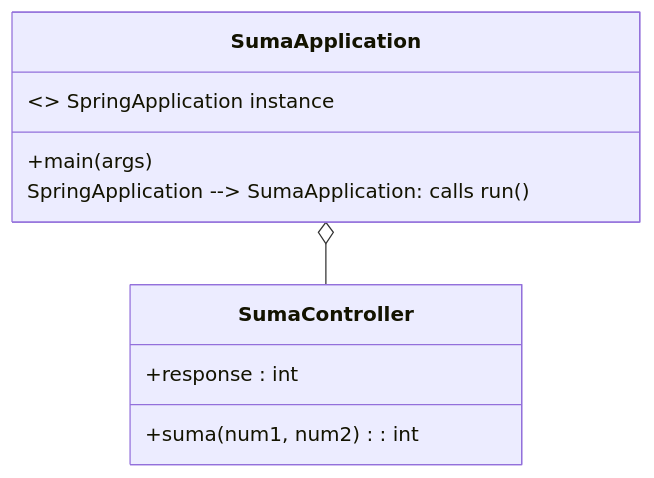
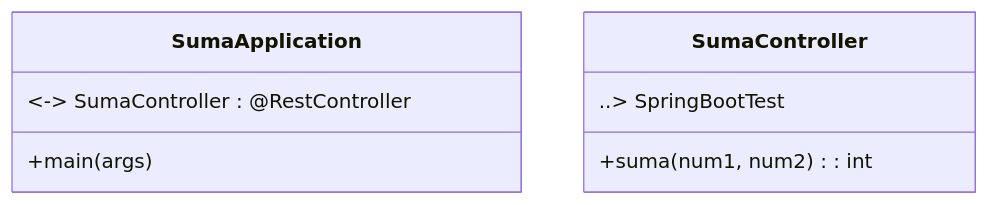
The diagram in SumaProject/docs/diagrama.mmd (natperh/newCodes), drawn with Mermaid before and after one commit. The commit also changed 1 other file, not shown here.

```diff
--- a/SumaProject/docs/diagrama.mmd
+++ b/SumaProject/docs/diagrama.mmd
@@ -1,13 +1,10 @@
 classDiagram
     class SumaApplication {
         +main(args)
-        <<create>> SpringApplication instance
-        SpringApplication --> SumaApplication: calls run()
+        <-> SumaController : @RestController
     }
 
     class SumaController {
         +suma(num1, num2) : int
-        +response : int
+        ..> SpringBootTest
     }
-
-    SumaApplication o-- SumaController
```
